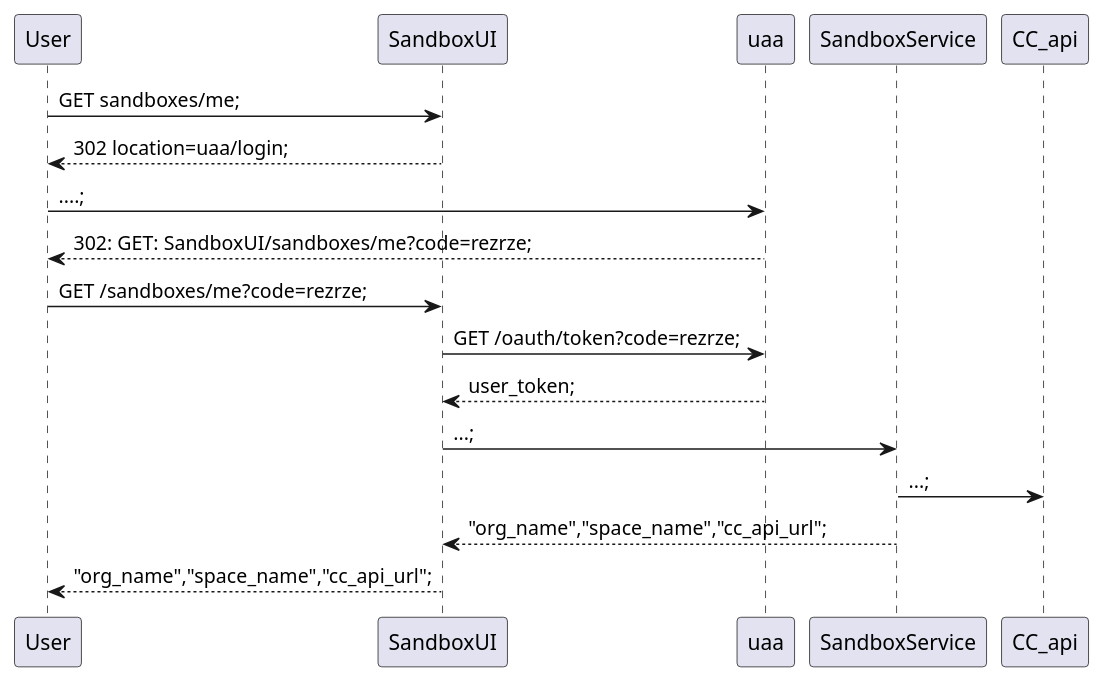
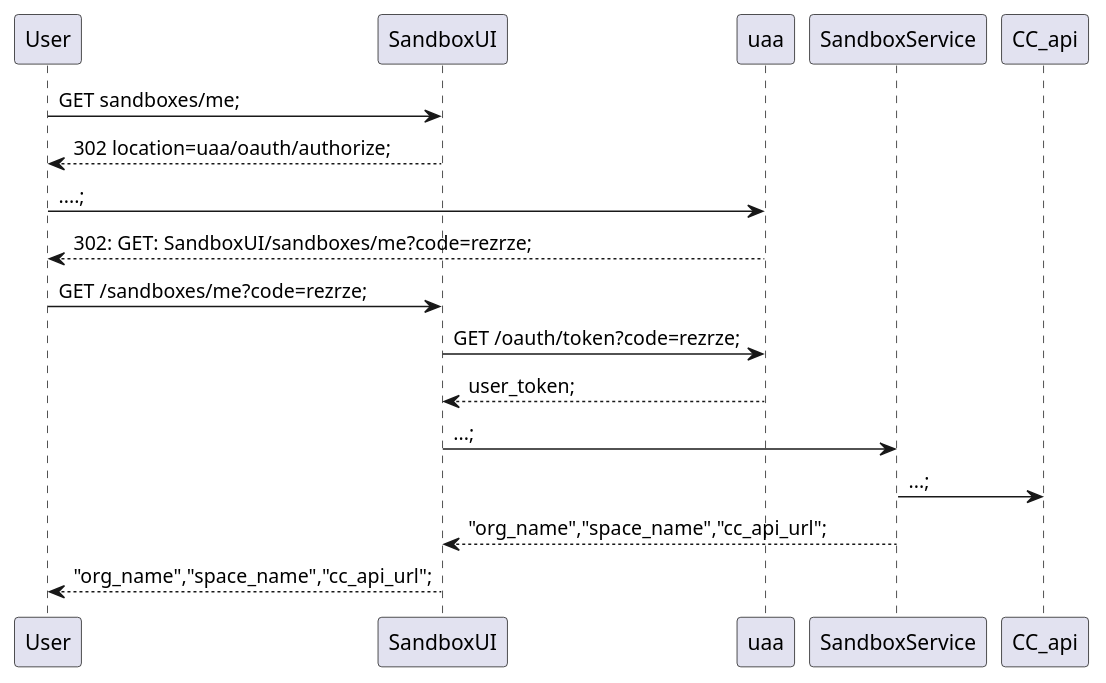
Before and after one commit to orange-cloudfoundry/elpaaso-sandbox-ui: the diagram in README.md, drawn with PlantUML. The commit also changed other lines of this file, not shown here.

```diff
--- a/README.md
+++ b/README.md
@@ -21,13 +26,13 @@
-@startuml
+@startuml;
 User -> SandboxUI: GET sandboxes/me;
-User <-- SandboxUI: 302 location=uaa/login;
+User <-- SandboxUI: 302 location=uaa/oauth/authorize;
 User -> uaa: ....;
 User <-- uaa: 302: GET: SandboxUI/sandboxes/me?code=rezrze;
 User -> SandboxUI : GET /sandboxes/me?code=rezrze;
 SandboxUI -> uaa : GET /oauth/token?code=rezrze;
 SandboxUI <-- uaa : user_token;
 SandboxUI -> SandboxService: ...;
 SandboxService -> CC_api: ...;
 SandboxUI <-- SandboxService:"org_name","space_name","cc_api_url";
 User <-- SandboxUI: "org_name","space_name","cc_api_url";
 @enduml
```
